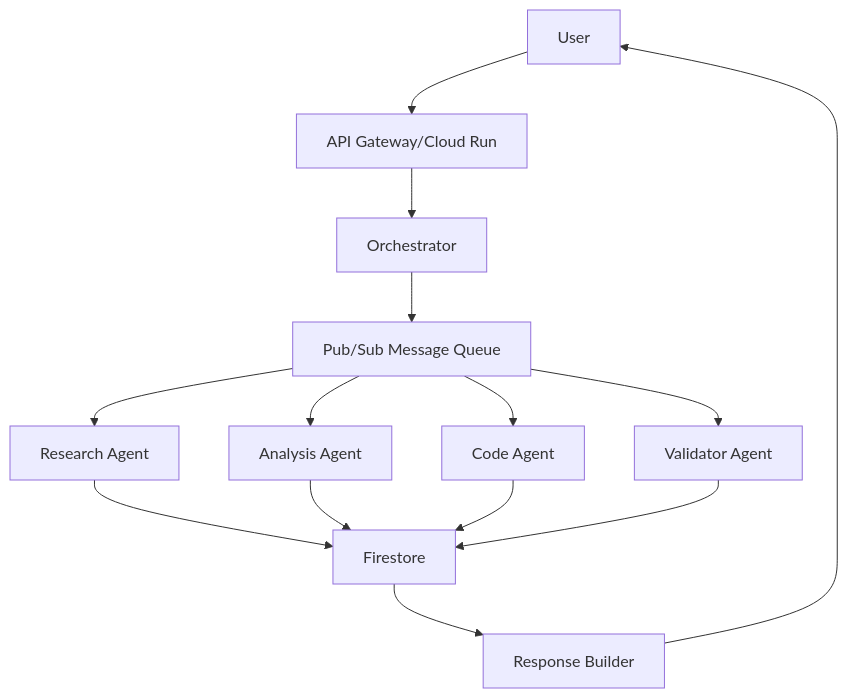
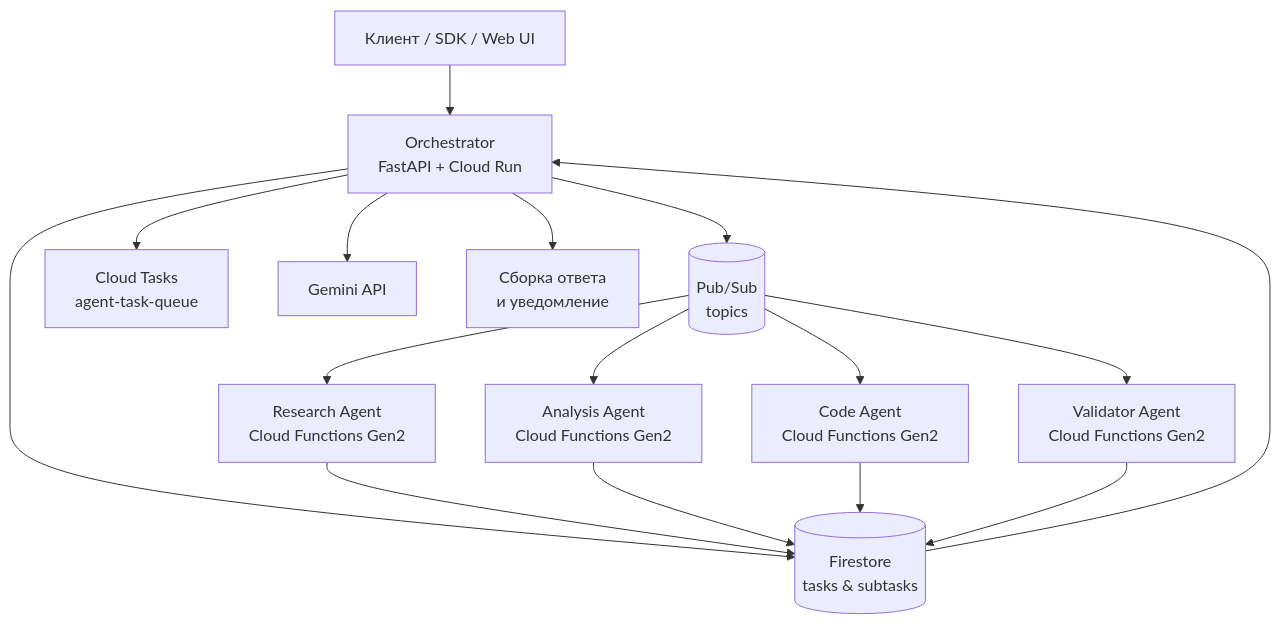
The diagram in README.md (stazas2/multi-agent), drawn with Mermaid before and after one commit. The commit also changed other lines of this file and 15 other files, not shown here.

````diff
--- a/README.md
+++ b/README.md
@@ -9,19 +12,18 @@
 ```mermaid
-graph TB
-    U[User] --> AG[API Gateway/Cloud Run]
-    AG --> O[Orchestrator]
-    O --> PS[Pub/Sub Message Queue]
-    
-    PS --> RA[Research Agent]
-    PS --> AA[Analysis Agent]
-    PS --> CA[Code Agent]
-    PS --> VA[Validator Agent]
-    
-    RA --> FS[Firestore]
+graph TD
+    U[Клиент / SDK / Web UI] --> API[Orchestrator<br/>FastAPI + Cloud Run]
+    API --> FS[(Firestore<br/>tasks & subtasks)]
+    API --> PUB[(Pub/Sub<br/>topics)]
+    API --> CT[Cloud Tasks<br/>agent-task-queue]
+    API --> GEM[Gemini API]
+    PUB --> RA[Research Agent<br/>Cloud Functions Gen2]
+    PUB --> AA[Analysis Agent<br/>Cloud Functions Gen2]
+    PUB --> CA[Code Agent<br/>Cloud Functions Gen2]
+    PUB --> VA[Validator Agent<br/>Cloud Functions Gen2]
+    RA --> FS
     AA --> FS
     CA --> FS
     VA --> FS
-    
-    FS --> RB[Response Builder]
-    RB --> U
+    FS --> API
+    API --> RESP[Сборка ответа<br/>и уведомление]
 ```
````
